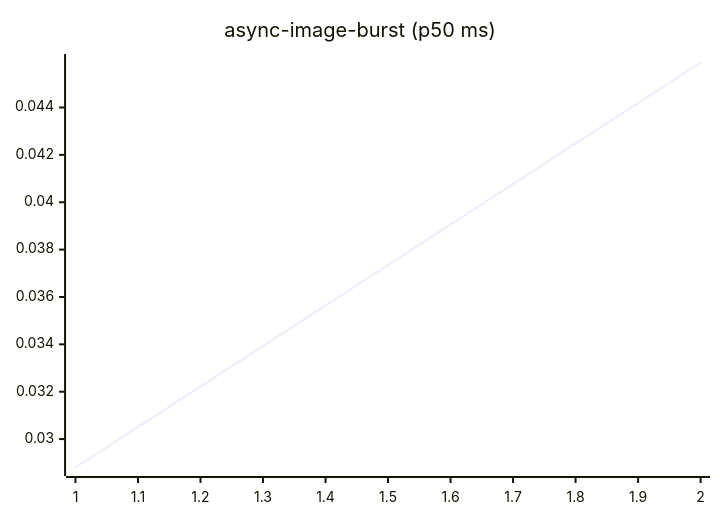
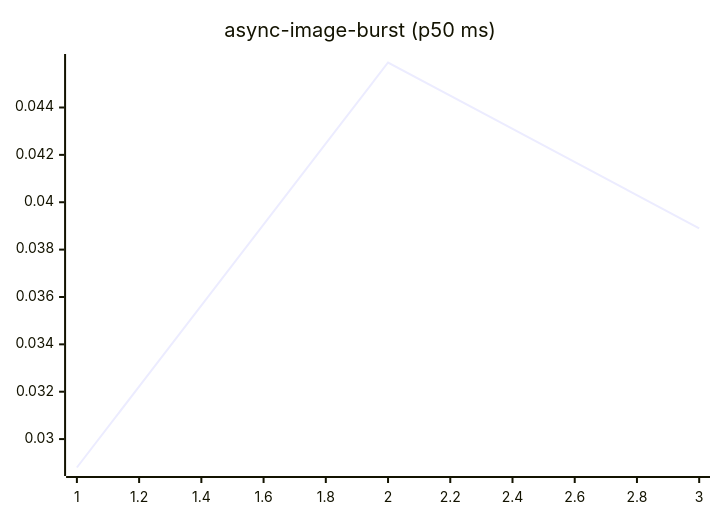
The fourth of 27 diagrams in README.md (josha/Facet), drawn with Mermaid before and after one commit. The commit also changed other lines of this file and 2 other files, not shown here.

````diff
--- a/README.md
+++ b/README.md
@@ -84,6 +84,6 @@
 ```mermaid
 xychart-beta
     title "async-image-burst (p50 ms)"
-    x-axis 1 --> 2
-    line [0.0288, 0.0459]
+    x-axis 1 --> 3
+    line [0.0288, 0.0459, 0.0389]
 ```
````
